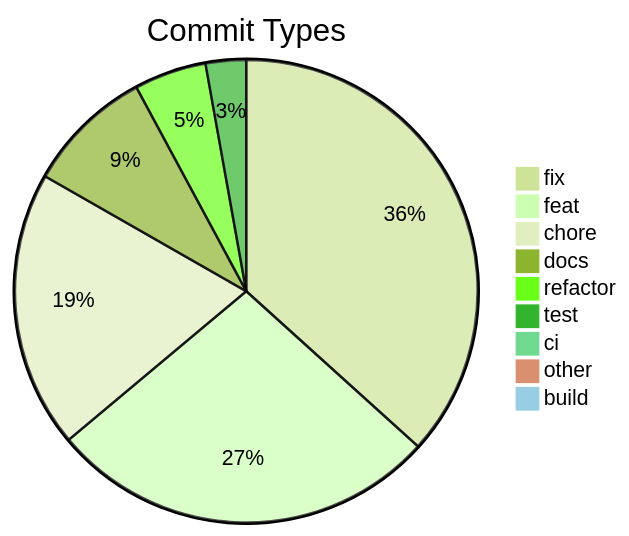
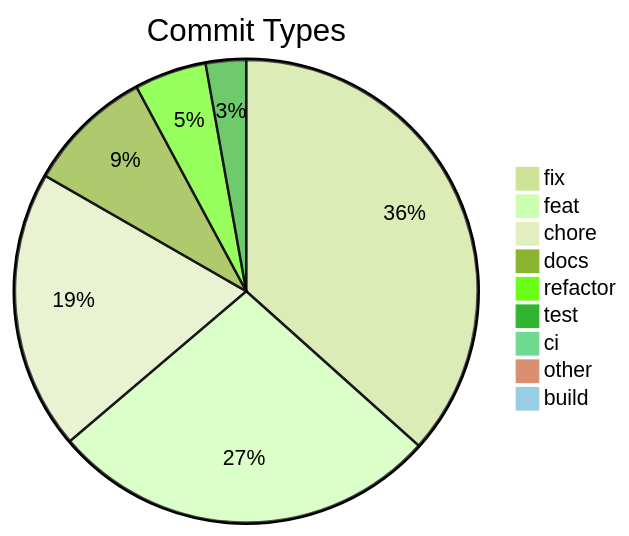
The diagram in .shipwright/compliance/change-history.md (svenroth-ai/shipwright-webui), drawn with Mermaid (forest theme) before and after one commit. The commit also changed other lines of this file and 16 other files, not shown here.

````diff
--- a/.shipwright/compliance/change-history.md
+++ b/.shipwright/compliance/change-history.md
@@ -8,12 +8,12 @@
 ```mermaid
 pie title Commit Types
     "fix" : 182
     "feat" : 135
-    "chore" : 96
+    "chore" : 97
     "docs" : 44
     "refactor" : 25
     "test" : 14
     "ci" : 4
     "other" : 4
     "build" : 1
 ```
````
